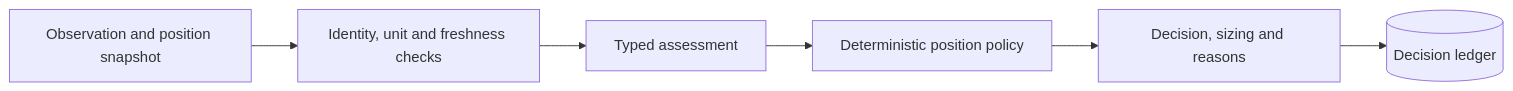
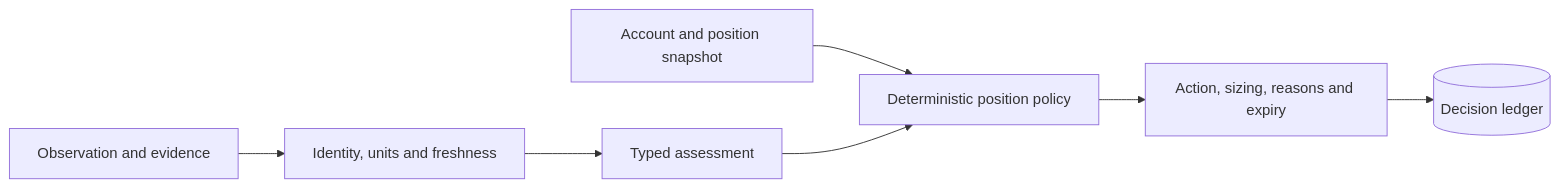
One commit to qquante/market-decision-engine changed the diagram in README.md. Above: the diagram before and after it, drawn with Mermaid. The commit also changed other lines of this file, not shown here.

Commit message:
docs: explain market decision engine with project-specific usage

````diff
--- a/README.md
+++ b/README.md
@@ -26,8 +20,9 @@
 ```mermaid
 flowchart LR
-  A[Observation and position snapshot] --> B[Identity, unit and freshness checks]
-  B --> C[Typed assessment]
-  C --> D[Deterministic position policy]
-  D --> E[Decision, sizing and reasons]
-  E --> F[(Decision ledger)]
+  Observation[Observation and evidence] --> Checks[Identity, units and freshness]
+  Context[Account and position snapshot] --> Policy[Deterministic position policy]
+  Checks --> Assessment[Typed assessment]
+  Assessment --> Policy
+  Policy --> Decision[Action, sizing, reasons and expiry]
+  Decision --> Ledger[(Decision ledger)]
 ```
````
